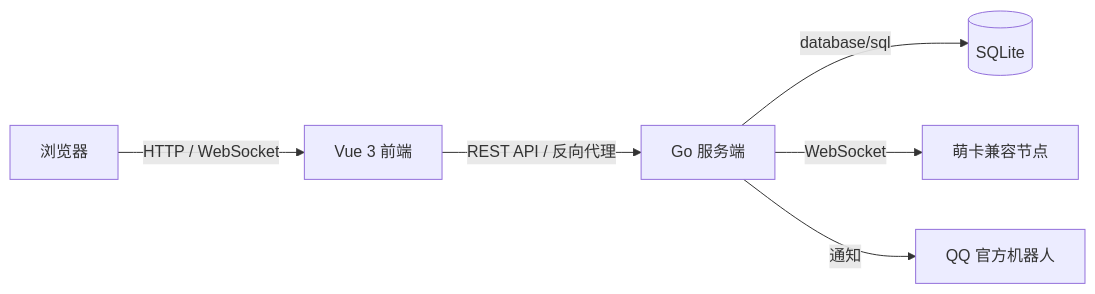
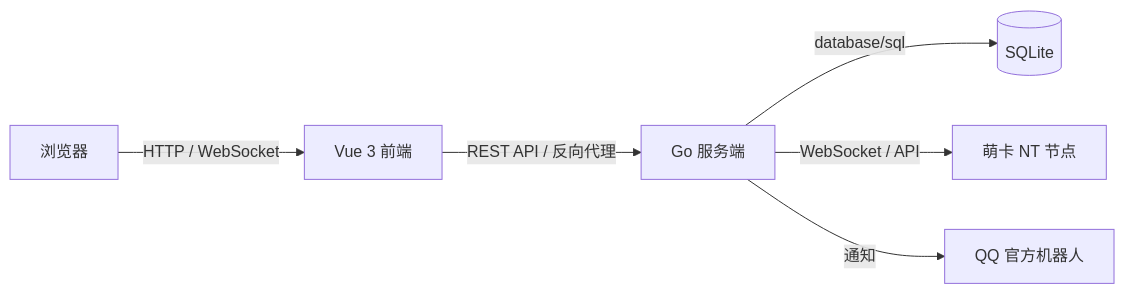
One commit to yuexl258/memgke-qq-pet changed the diagram in README.md. Above: the diagram before and after it, drawn with Mermaid. The commit also changed other lines of this file and 6 other files, not shown here.

````diff
--- a/README.md
+++ b/README.md
@@ -34,8 +36,8 @@
 ```mermaid
 flowchart LR
     B[浏览器] -->|HTTP / WebSocket| F[Vue 3 前端]
     F -->|REST API / 反向代理| S[Go 服务端]
     S -->|database/sql| D[(SQLite)]
-    S -->|WebSocket| M[萌卡兼容节点]
+    S -->|WebSocket / API| M[萌卡 NT 节点]
     S -->|通知| Q[QQ 官方机器人]
 ```
````
